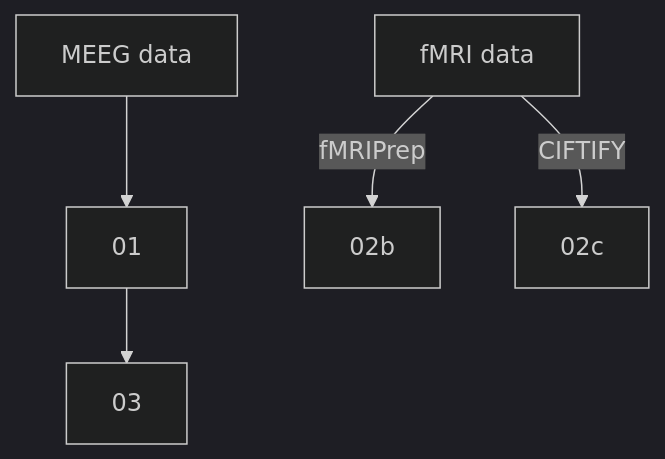
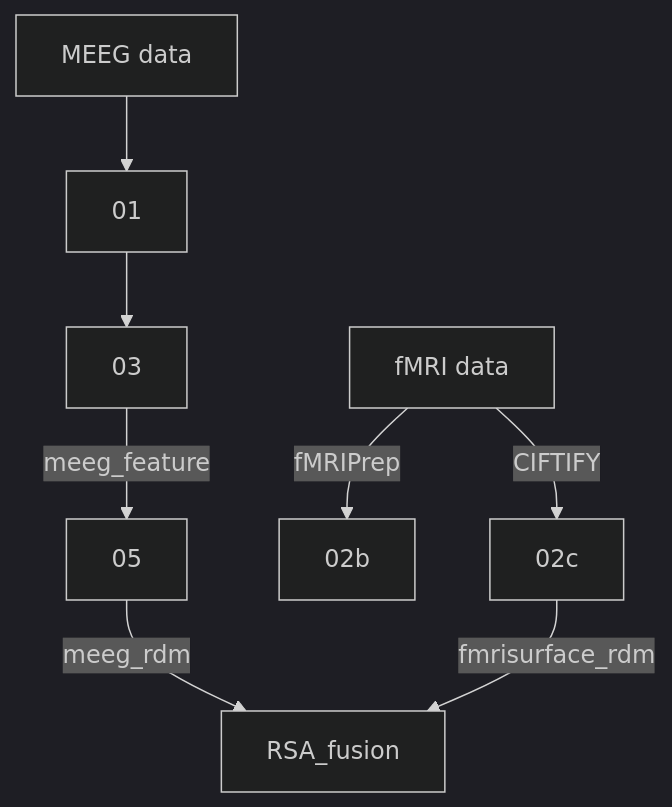
Before and after one commit to AKGG0328/S.O.P.H.I.A.---Spatiotemporal-Optimization-Package-for-Heterogeneous-Imaging-Alignment: the diagram in README.md, drawn with Mermaid (dark theme).

````diff
--- a/README.md
+++ b/README.md
@@ -40,9 +40,10 @@
 ```mermaid
 flowchart TD
- A[MEEG data]--> C[01] --> F[03]
+ A[MEEG data]--> C[01] --> F[03] --meeg_feature--> G[05]--meeg_rdm-->H[RSA_fusion]
  B[fMRI data]--fMRIPrep--> D[02b]
  B--CIFTIFY--> E[02c]
- 
+ E--fmrisurface_rdm-->H[RSA_fusion]
+
 
 
 ```
````
